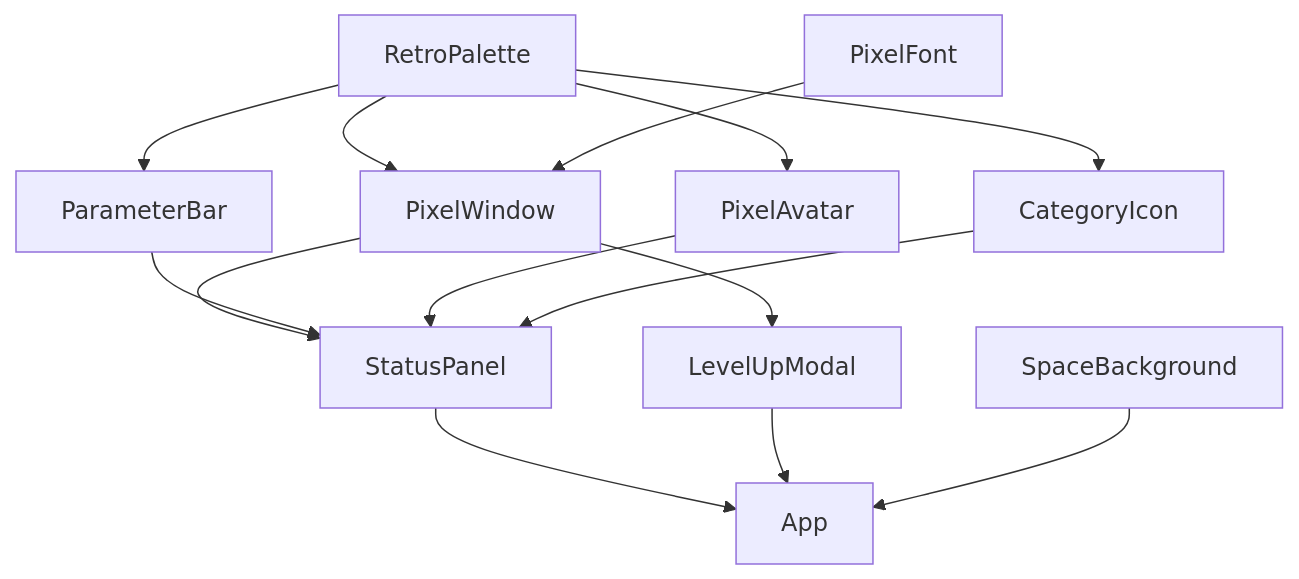
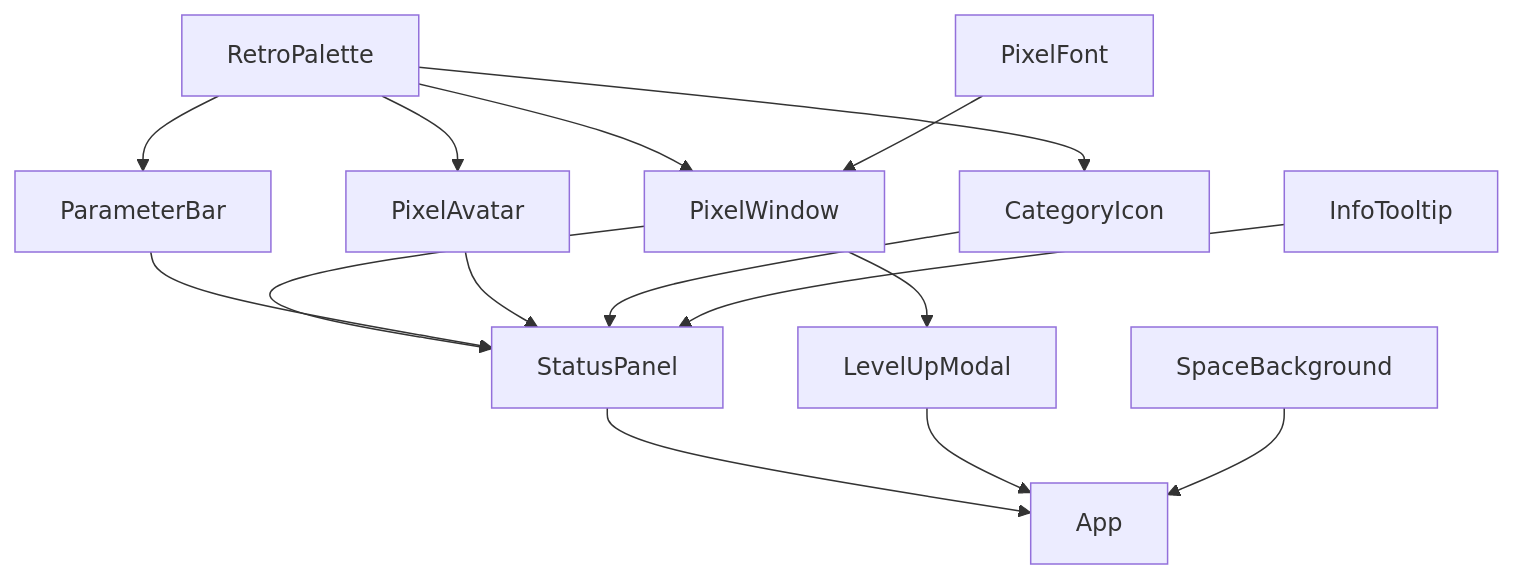
The diagram in docs/design/component-design.md (ogane0112/ganesya-life-management-board), drawn with Mermaid before and after one commit. The commit also changed other lines of this file and 13 other files, not shown here.

````diff
--- a/docs/design/component-design.md
+++ b/docs/design/component-design.md
@@ -20,16 +21,17 @@
 ```mermaid
 flowchart TD
     RetroPalette --> PixelWindow
     RetroPalette --> ParameterBar
     RetroPalette --> PixelAvatar
     RetroPalette --> CategoryIcon
     PixelFont --> PixelWindow
     PixelWindow --> StatusPanel
     PixelWindow --> LevelUpModal
     ParameterBar --> StatusPanel
     PixelAvatar --> StatusPanel
     CategoryIcon --> StatusPanel
+    InfoTooltip --> StatusPanel
     StatusPanel --> App
     LevelUpModal --> App
     SpaceBackground --> App
 ```
````
